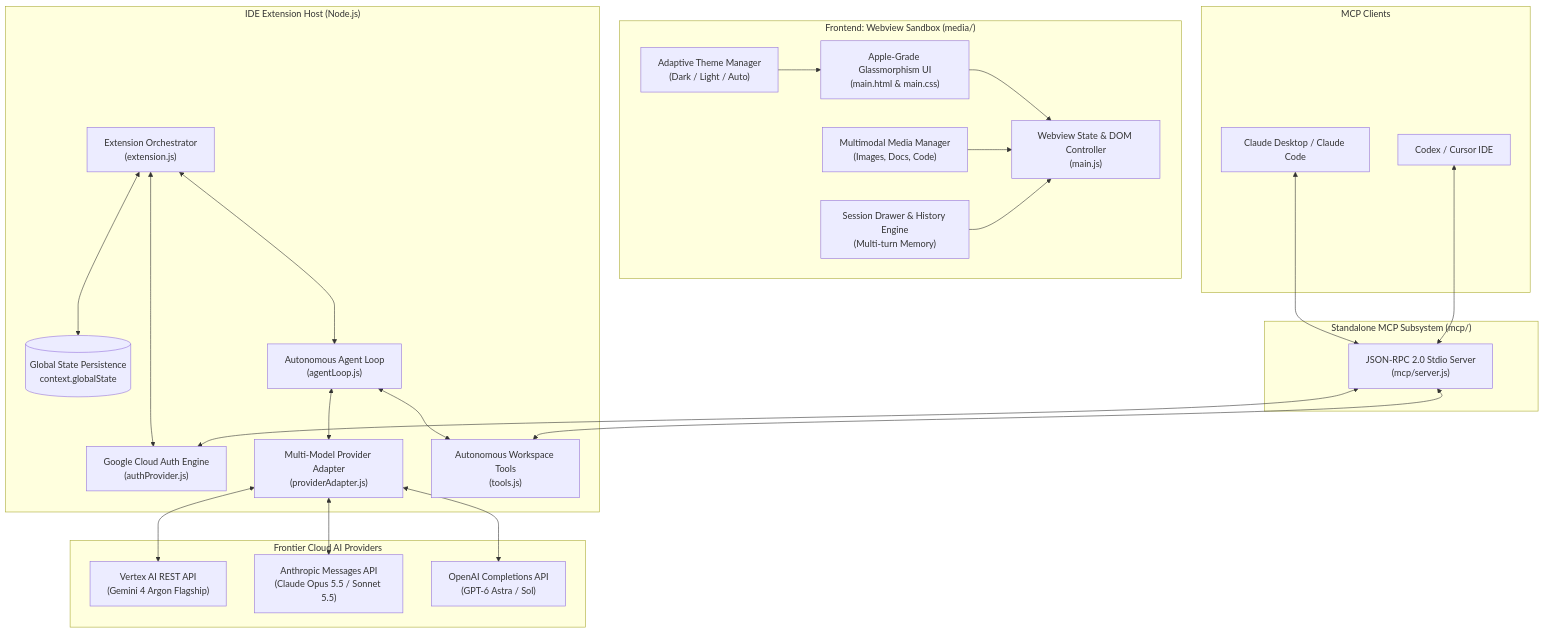
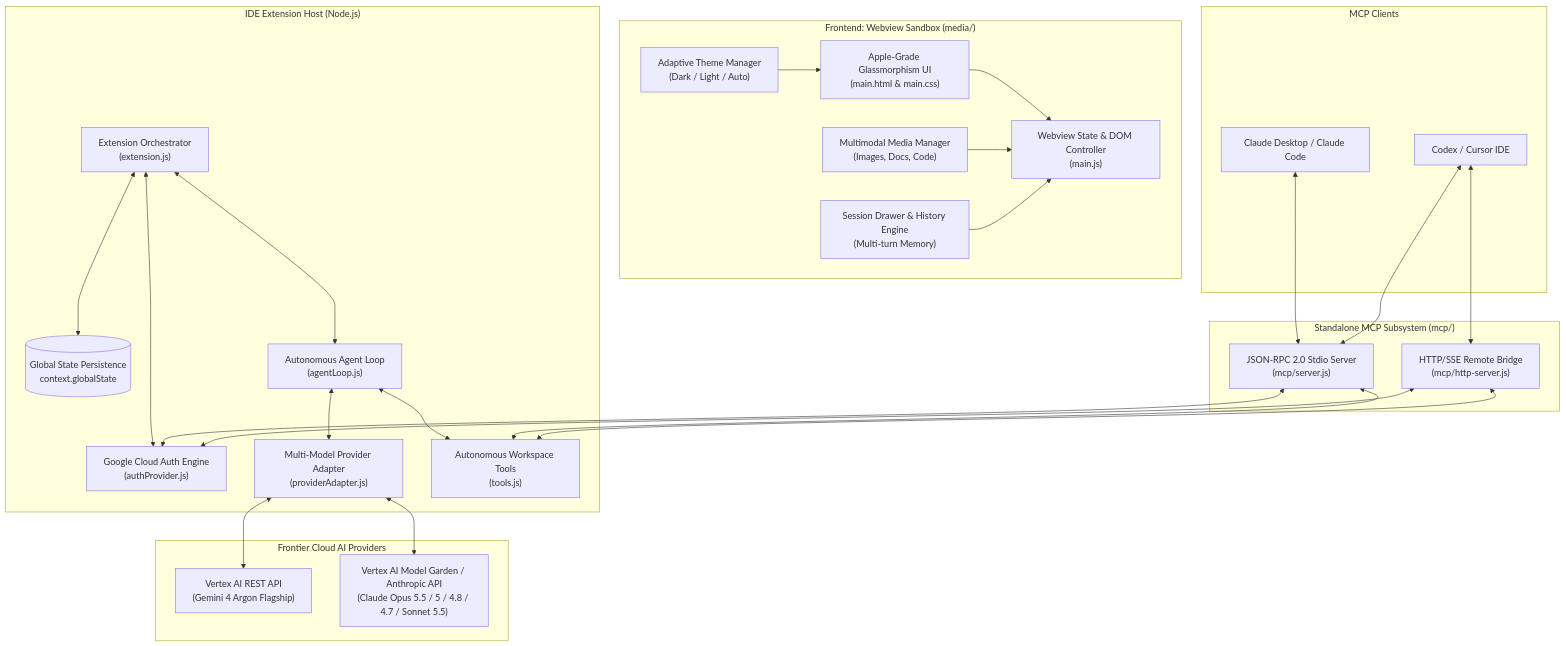
One commit to ffzlucky7-coder/gemini-4-argon changed the diagram in lucknexa.gemini-4-argon-1.0.0/ARCHITECTURE.md. Above: the diagram before and after it, drawn with Mermaid. The commit also changed other lines of this file and 28 other files, not shown here.

Commit message:
feat: align with Model Garden Claude Opus 5.5/5/4.8/4.7, purge OpenAI, and document free Vertex credits

````diff
--- a/lucknexa.gemini-4-argon-1.0.0/ARCHITECTURE.md
+++ b/lucknexa.gemini-4-argon-1.0.0/ARCHITECTURE.md
@@ -14,50 +14,52 @@
 ```mermaid
 flowchart TD
     subgraph Client ["Frontend: Webview Sandbox (media/)"]
         UI["Apple-Grade Glassmorphism UI\n(main.html & main.css)"]
         Controller["Webview State & DOM Controller\n(main.js)"]
         Attachments["Multimodal Media Manager\n(Images, Docs, Code)"]
         Theme["Adaptive Theme Manager\n(Dark / Light / Auto)"]
         Drawer["Session Drawer & History Engine\n(Multi-turn Memory)"]
         UI --> Controller
         Theme --> UI
         Attachments --> Controller
         Drawer --> Controller
     end
 
     subgraph Host ["IDE Extension Host (Node.js)"]
         Ext["Extension Orchestrator\n(extension.js)"]
         Storage[("Global State Persistence\ncontext.globalState")]
         Auth["Google Cloud Auth Engine\n(authProvider.js)"]
         Adapter["Multi-Model Provider Adapter\n(providerAdapter.js)"]
         Agent["Autonomous Agent Loop\n(agentLoop.js)"]
         Tools["Autonomous Workspace Tools\n(tools.js)"]
         Ext <--> Storage
         Ext <--> Auth
         Ext <--> Agent
         Agent <--> Adapter
         Agent <--> Tools
     end
 
     subgraph MCPServer ["Standalone MCP Subsystem (mcp/)"]
         MCPEntry["JSON-RPC 2.0 Stdio Server\n(mcp/server.js)"]
+        MCPHttp["HTTP/SSE Remote Bridge\n(mcp/http-server.js)"]
         MCPEntry <--> Tools
         MCPEntry <--> Auth
+        MCPHttp <--> Tools
+        MCPHttp <--> Auth
     end
 
     subgraph ExternalClients ["MCP Clients"]
         ClaudeDesk["Claude Desktop / Claude Code"]
         Codex["Codex / Cursor IDE"]
         ClaudeDesk <--> MCPEntry
         Codex <--> MCPEntry
+        Codex <--> MCPHttp
     end
 
     subgraph CloudProviders ["Frontier Cloud AI Providers"]
         Vertex["Vertex AI REST API\n(Gemini 4 Argon Flagship)"]
-        Anthropic["Anthropic Messages API\n(Claude Opus 5.5 / Sonnet 5.5)"]
-        OpenAI["OpenAI Completions API\n(GPT-6 Astra / Sol)"]
+        Anthropic["Vertex AI Model Garden / Anthropic API\n(Claude Opus 5.5 / 5 / 4.8 / 4.7 / Sonnet 5.5)"]
         Adapter <--> Vertex
         Adapter <--> Anthropic
-        Adapter <--> OpenAI
     end
 ```
````
